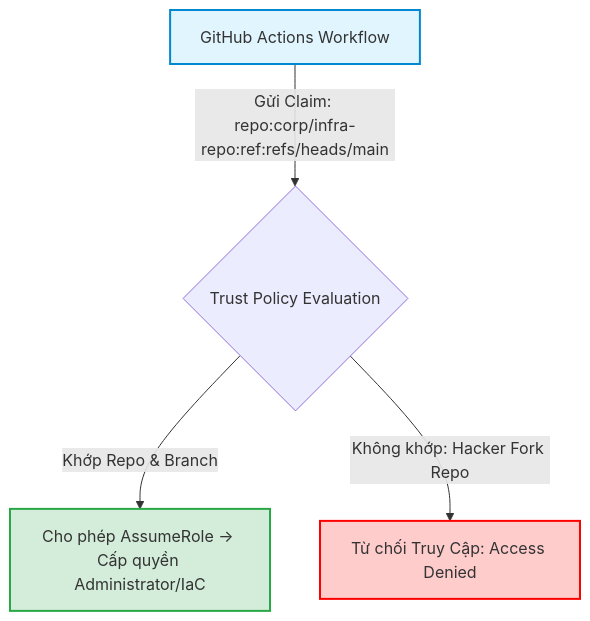
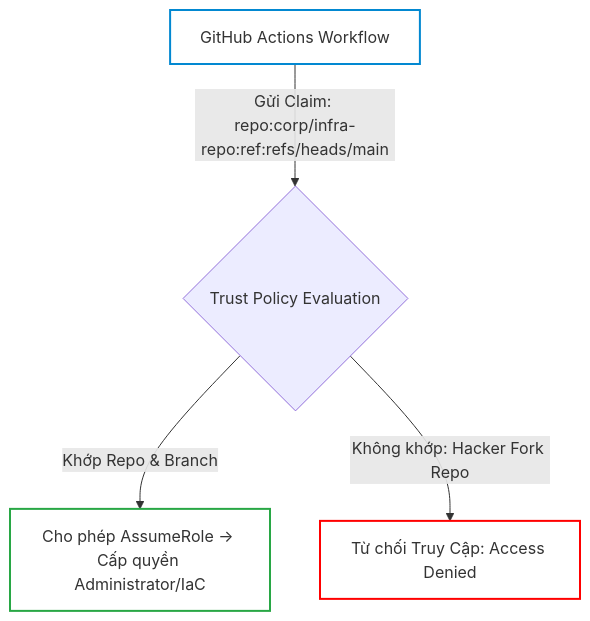
Before and after one commit to kiennt308/ntk: the second of 5 diagrams in _posts/2026-09-13-terraform-19-19-terraform-trong-cicd-gitlab-ci-github-actions-va-oidc.md, drawn with Mermaid. The commit also changed other lines of this file and 207 other files, not shown here.

Commit message:
feat(posts): batch standardize all 208 posts with TL;DR, qa-card accordion, fill:none mermaid, and liquid raw wrappers

````diff
--- a/_posts/2026-09-13-terraform-19-19-terraform-trong-cicd-gitlab-ci-github-actions-va-oidc.md
+++ b/_posts/2026-09-13-terraform-19-19-terraform-trong-cicd-gitlab-ci-github-actions-va-oidc.md
@@ -71,12 +75,12 @@
 ```mermaid
 graph TD
     GH["GitHub Actions Workflow"] -->|Gửi Claim: repo:corp/infra-repo:ref:refs/heads/main| TP{Trust Policy Evaluation}
     TP -->|Khớp Repo & Branch| ALLOW["Cho phép AssumeRole -&gt; Cấp quyền Administrator/IaC"]
     TP -->|Không khớp: Hacker Fork Repo| DENY["Từ chối Truy Cập: Access Denied"]
 
-    style GH fill:#e1f5fe,stroke:#0288d1,stroke-width:2px
-    style ALLOW fill:#d4edda,stroke:#28a745,stroke-width:2px
-    style DENY fill:#ffcccc,stroke:#ff0000,stroke-width:2px
+    style GH fill:none,stroke:#0288d1,stroke-width:2px
+    style ALLOW fill:none,stroke:#28a745,stroke-width:2px
+    style DENY fill:none,stroke:#ff0000,stroke-width:2px
 
 
 ```
````
